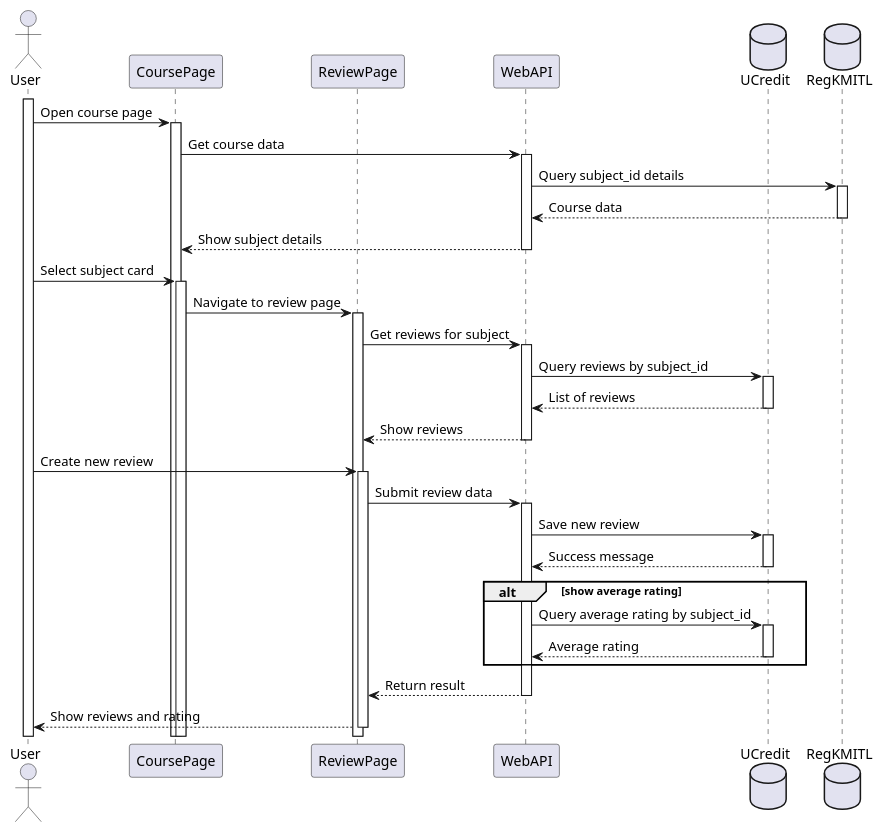
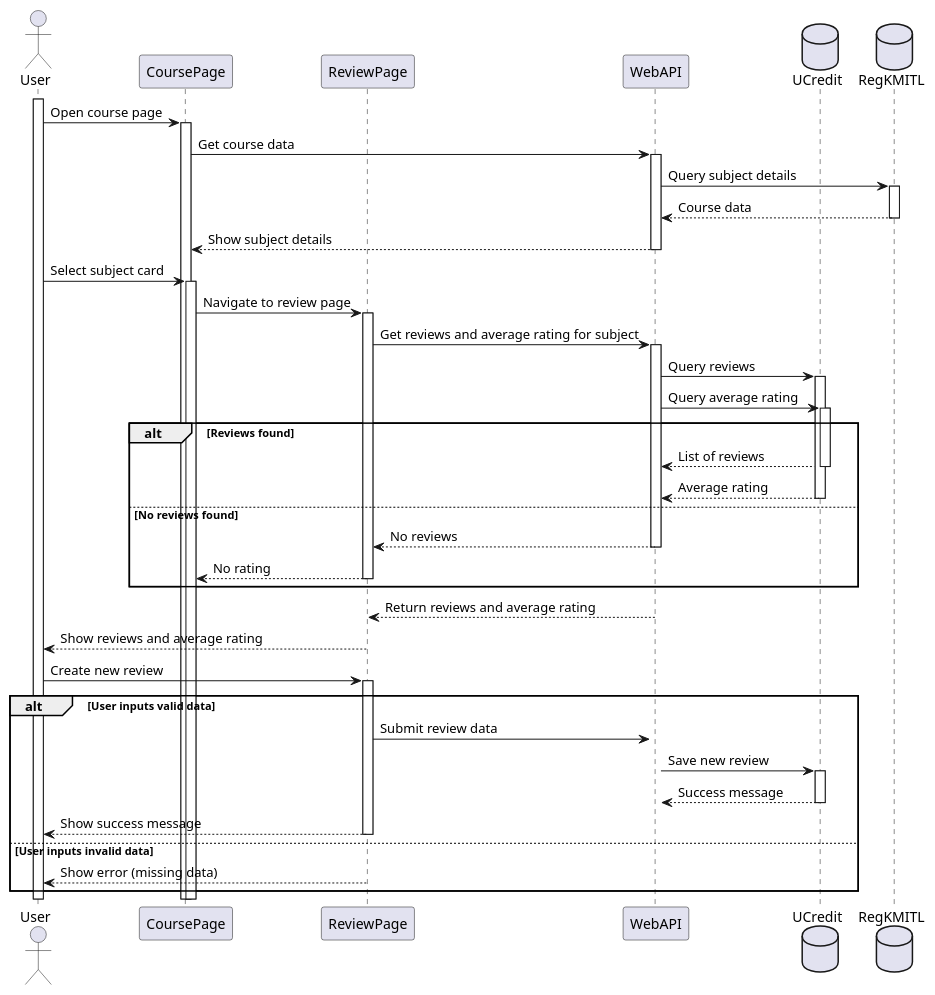
Before and after one commit to u-credit/solution: the diagram in diagram/review-page-sequence.plantuml, drawn with PlantUML. The commit also changed 1 other file, not shown here.

Commit message:
edit sequence diagram for review page

```diff
--- a/diagram/review-page-sequence.plantuml
+++ b/diagram/review-page-sequence.plantuml
@@ -1,36 +1,44 @@
 @startuml Review Page
 actor User
 participant CoursePage
 participant ReviewPage
 participant WebAPI
 database UCredit
 database RegKMITL
 
 activate User
 User -> CoursePage ++ : Open course page
 CoursePage -> WebAPI ++ : Get course data
-WebAPI -> RegKMITL ++ : Query subject_id details
+WebAPI -> RegKMITL ++ : Query subject details
 return Course data
 return Show subject details
 
 User -> CoursePage ++ : Select subject card
 CoursePage -> ReviewPage ++ : Navigate to review page
-ReviewPage -> WebAPI ++ : Get reviews for subject
-WebAPI -> UCredit ++ : Query reviews by subject_id
-return List of reviews
-return Show reviews
+ReviewPage -> WebAPI ++ : Get reviews and average rating for subject
+WebAPI -> UCredit ++ : Query reviews 
+WebAPI -> UCredit ++ : Query average rating 
+
+alt Reviews found
+    return List of reviews
+    return Average rating
+else No reviews found
+    return No reviews
+    return No rating
+end
+
+WebAPI --> ReviewPage -- : Return reviews and average rating
+ReviewPage --> User -- : Show reviews and average rating
 
 User -> ReviewPage ++ : Create new review
-ReviewPage -> WebAPI ++ : Submit review data
-WebAPI -> UCredit ++ : Save new review
-return Success message
 
-alt show average rating
-    WebAPI -> UCredit ++ : Query average rating by subject_id
-    return Average rating
+alt User inputs valid data
+    ReviewPage -> WebAPI ++ : Submit review data
+    WebAPI -> UCredit ++ : Save new review
+    return Success message
+    ReviewPage --> User -- : Show success message
+else User inputs invalid data
+    ReviewPage --> User -- : Show error (missing data)
 end
 
-WebAPI --> ReviewPage -- : Return result
-ReviewPage --> User -- : Show reviews and rating
-
 @enduml
```
